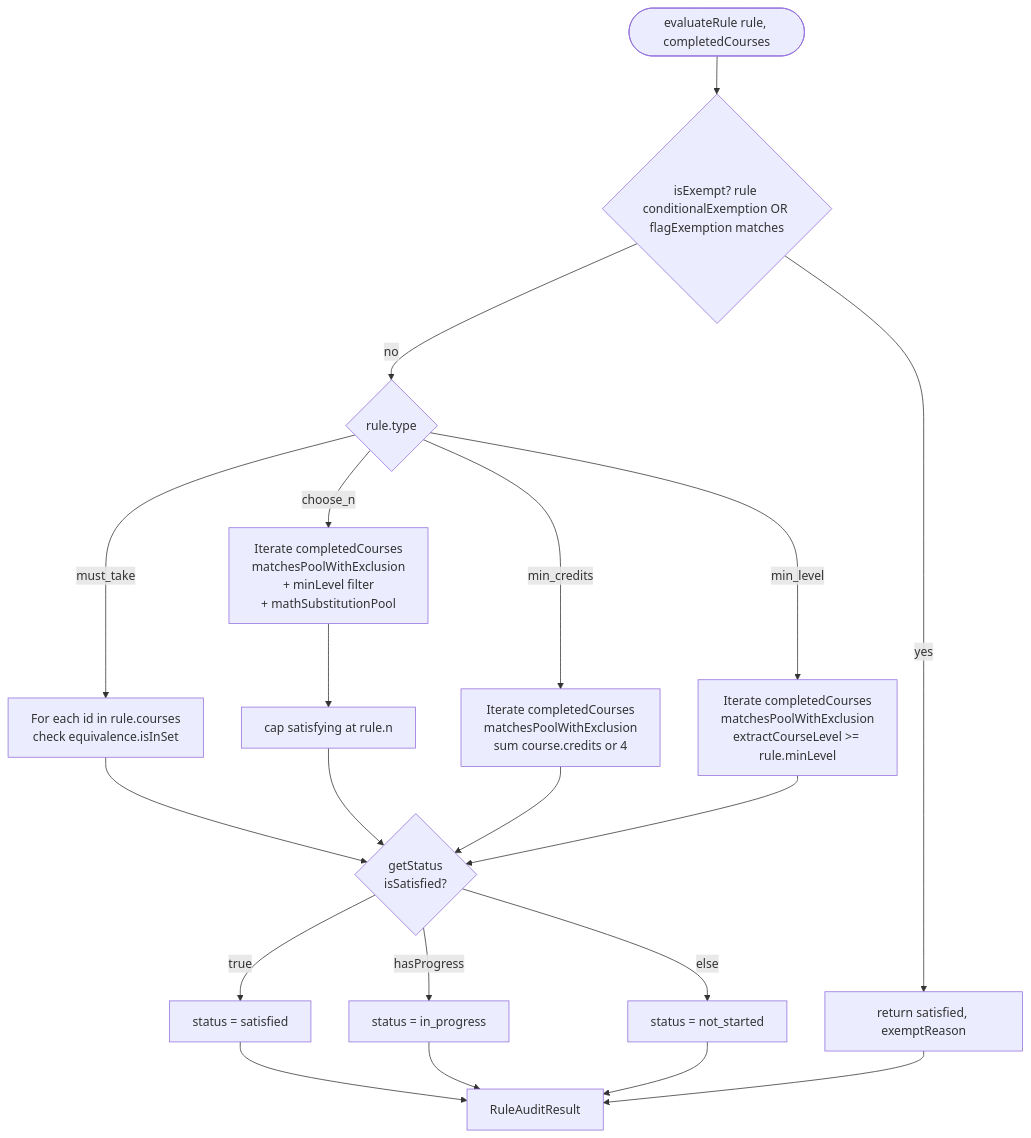
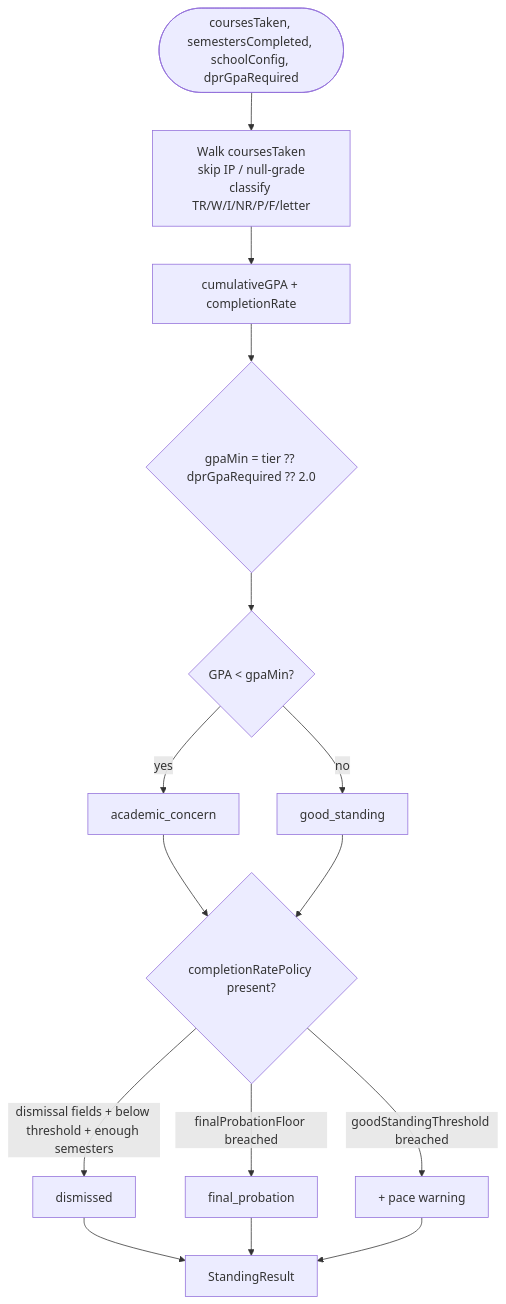
Before and after one commit to EdoardoMongardi/NYU_Path: the second of 2 diagrams in Docs/current-system/engine/audit.md, drawn with Mermaid. The commit also changed other lines of this file and 73 other files, not shown here.

````diff
--- a/Docs/current-system/engine/audit.md
+++ b/Docs/current-system/engine/audit.md
@@ -110,27 +133,17 @@
 ```mermaid
 flowchart TD
-    Start([evaluateRule rule, completedCourses]) --> Exempt{isExempt? rule conditionalExemption OR flagExemption matches}
-    Exempt -->|yes| RetSat[return satisfied, exemptReason]
-    Exempt -->|no| Dispatch{rule.type}
-
-    Dispatch -->|must_take| MT[For each id in rule.courses<br/>check equivalence.isInSet]
-    Dispatch -->|choose_n| CN[Iterate completedCourses<br/>matchesPoolWithExclusion<br/>+ minLevel filter<br/>+ mathSubstitutionPool]
-    Dispatch -->|min_credits| MC[Iterate completedCourses<br/>matchesPoolWithExclusion<br/>sum course.credits or 4]
-    Dispatch -->|min_level| ML[Iterate completedCourses<br/>matchesPoolWithExclusion<br/>extractCourseLevel >= rule.minLevel]
-
-    MT --> Status
-    CN --> CapN[cap satisfying at rule.n]
-    CapN --> Status
-    MC --> Status
-    ML --> Status
-
-    Status{getStatus<br/>isSatisfied?}
-    Status -->|true| OutSat[status = satisfied]
-    Status -->|hasProgress| OutIP[status = in_progress]
-    Status -->|else| OutNS[status = not_started]
-
-    OutSat --> Result[RuleAuditResult]
-    OutIP --> Result
-    OutNS --> Result
-    RetSat --> Result
+    Input([coursesTaken, semestersCompleted, schoolConfig, dprGpaRequired]) --> Walk[Walk coursesTaken<br/>skip IP / null-grade<br/>classify TR/W/I/NR/P/F/letter]
+    Walk --> Compute[cumulativeGPA + completionRate]
+    Compute --> Floor{gpaMin = tier ?? dprGpaRequired ?? 2.0}
+    Floor --> Concern{GPA < gpaMin?}
+    Concern -->|yes| AC[academic_concern]
+    Concern -->|no| GS[good_standing]
+    AC --> Pace
+    GS --> Pace{completionRatePolicy present?}
+    Pace -->|dismissal fields + below threshold + enough semesters| Dis[dismissed]
+    Pace -->|finalProbationFloor breached| FP[final_probation]
+    Pace -->|goodStandingThreshold breached| Warn[+ pace warning]
+    Dis --> Out[StandingResult]
+    FP --> Out
+    Warn --> Out
 ```
````
